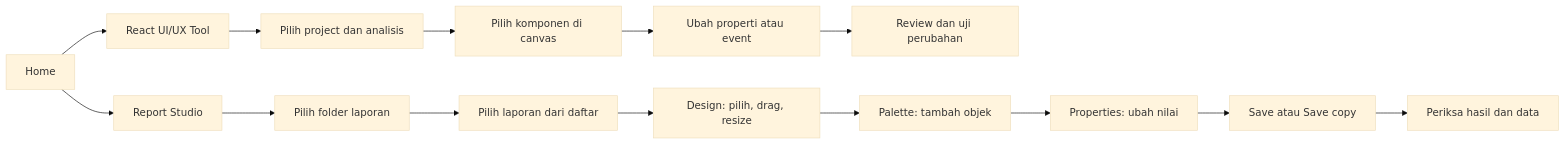
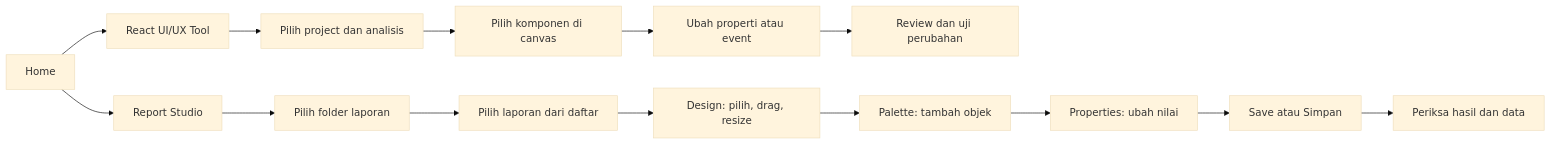
The third of 3 diagrams in docs/USER_GUIDE_ID.md (RaditteAnggoro/react-uiux-tool), drawn with Mermaid (base theme) before and after one commit. The commit also changed other lines of this file and 40 other files, not shown here.

````diff
--- a/docs/USER_GUIDE_ID.md
+++ b/docs/USER_GUIDE_ID.md
@@ -668,16 +688,16 @@
 ```mermaid
 flowchart LR
   H[Home] --> R[React UI/UX Tool]
   H --> S[Report Studio]
   R --> P[Pilih project dan analisis]
   P --> C[Pilih komponen di canvas]
   C --> I[Ubah properti atau event]
   I --> V[Review dan uji perubahan]
   S --> F[Pilih folder laporan]
   F --> L[Pilih laporan dari daftar]
   L --> D[Design: pilih, drag, resize]
   D --> A[Palette: tambah objek]
   A --> O[Properties: ubah nilai]
-  O --> W[Save atau Save copy]
+  O --> W[Save atau Simpan]
   W --> T[Periksa hasil dan data]
 ```
````
